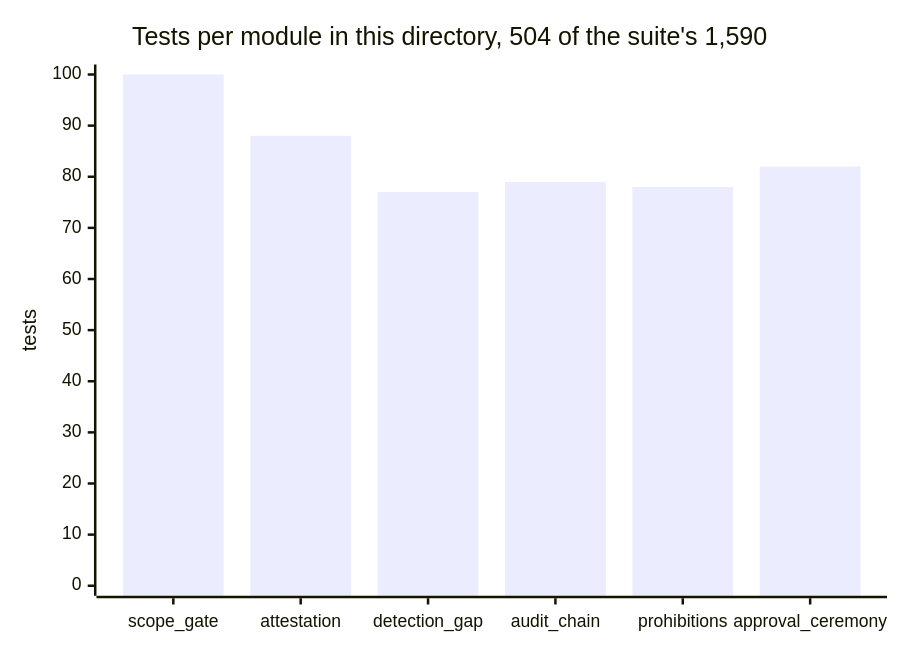
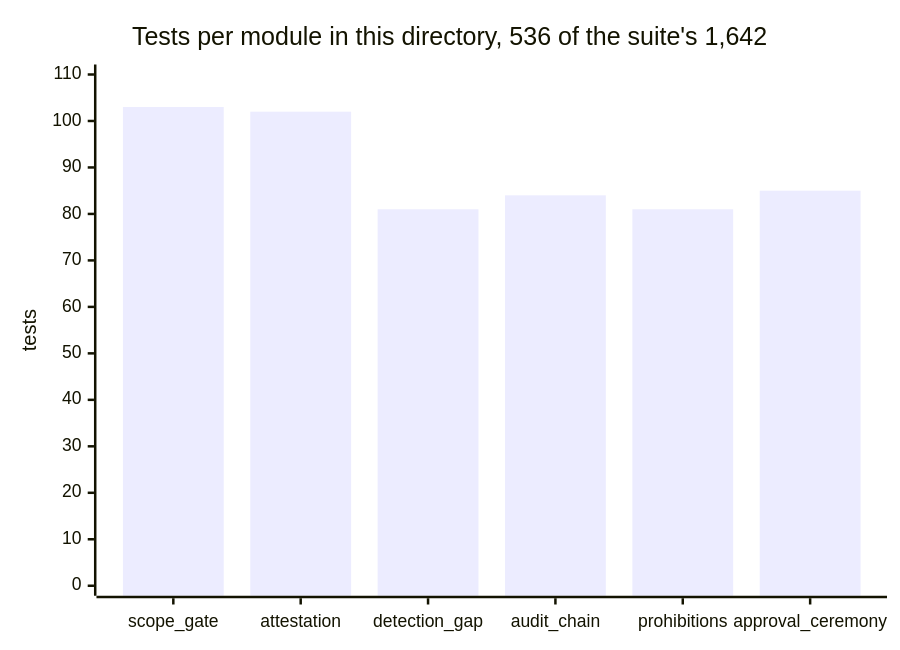
One commit to greeklinux/Showcase changed the ninth of 10 diagrams in blackgate/README.md. Above: the diagram before and after it, drawn with Mermaid. The commit also changed other lines of this file and 28 other files, not shown here.

````diff
--- a/blackgate/README.md
+++ b/blackgate/README.md
@@ -827,7 +827,7 @@
 ```mermaid
 xychart-beta
-    title "Tests per module in this directory, 504 of the suite's 1,590"
+    title "Tests per module in this directory, 536 of the suite's 1,642"
     x-axis ["scope_gate", "attestation", "detection_gap", "audit_chain", "prohibitions", "approval_ceremony"]
-    y-axis "tests" 0 --> 100
-    bar [100, 88, 77, 79, 78, 82]
+    y-axis "tests" 0 --> 110
+    bar [103, 102, 81, 84, 81, 85]
 ```
````
